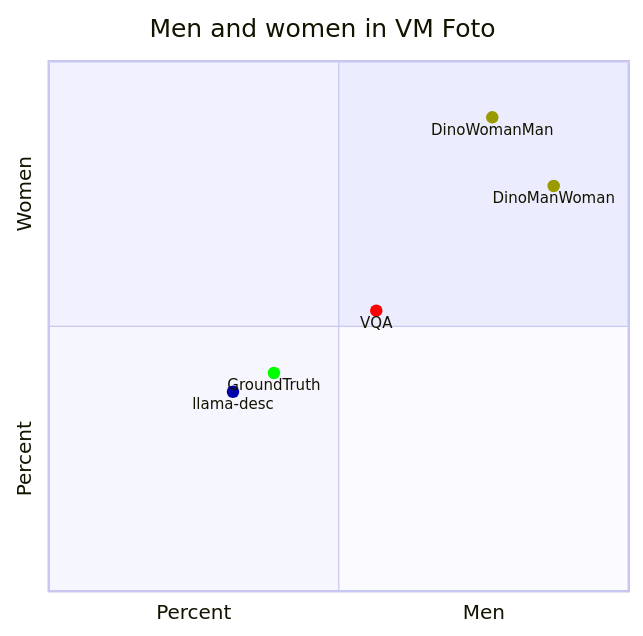
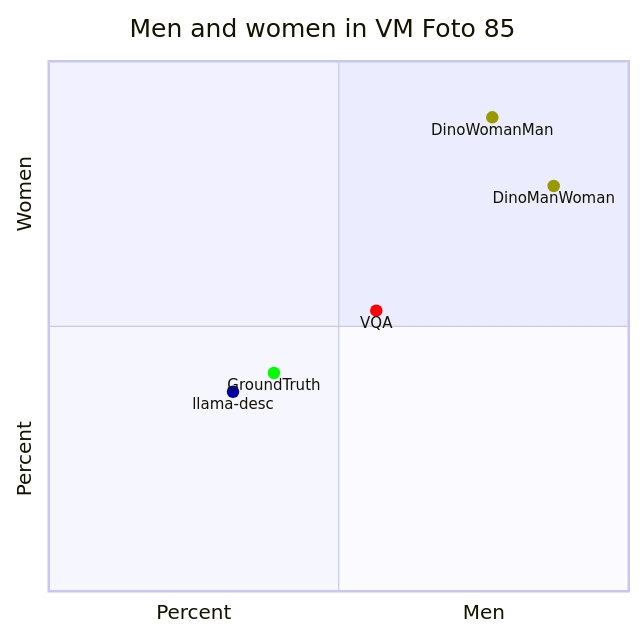
One commit to Modern36/tropes_1500 changed the eighth of 11 diagrams in browser/scatter.md. Above: the diagram before and after it, drawn with Mermaid. The commit also changed other lines of this file and 1 other file, not shown here.

````diff
--- a/browser/scatter.md
+++ b/browser/scatter.md
@@ -124,12 +124,12 @@
 ```mermaid
 quadrantChart
-    title Men and women in VM Foto
+    title Men and women in VM Foto 85
     x-axis Percent --> Men
     y-axis Percent --> Women
     DinoManWoman: [0.8705882352941177, 0.7647058823529411] color: #999900
     DinoWomanMan: [0.7647058823529411, 0.8941176470588236] color: #999900
     GroundTruth: [0.38823529411764707, 0.4117647058823529] color: #00FF00
     VQA: [0.5647058823529412, 0.5294117647058824] color: #FF0000
     llama-desc: [0.3176470588235294, 0.3764705882352941] color: #0000AA
 
 ```
````
